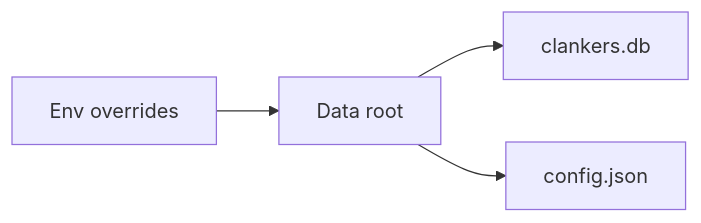
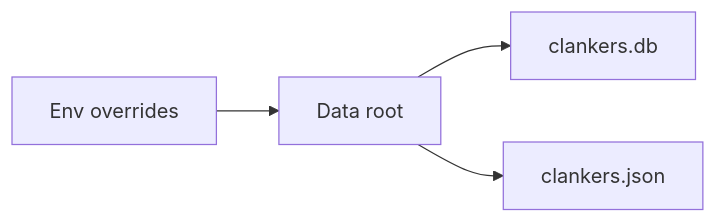
The diagram in lode/storage/paths.md (dxta-dev/clankers), drawn with Mermaid before and after one commit. The commit also changed other lines of this file and 5 other files, not shown here.

````diff
--- a/lode/storage/paths.md
+++ b/lode/storage/paths.md
@@ -24,6 +24,6 @@
 ```mermaid
 flowchart LR
   Env[Env overrides] --> Root[Data root]
   Root --> Db[clankers.db]
-  Root --> Config[config.json]
+  Root --> Config[clankers.json]
 ```
````
